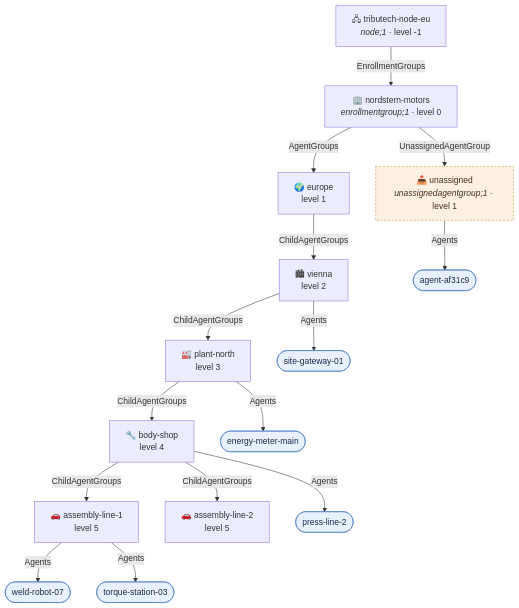
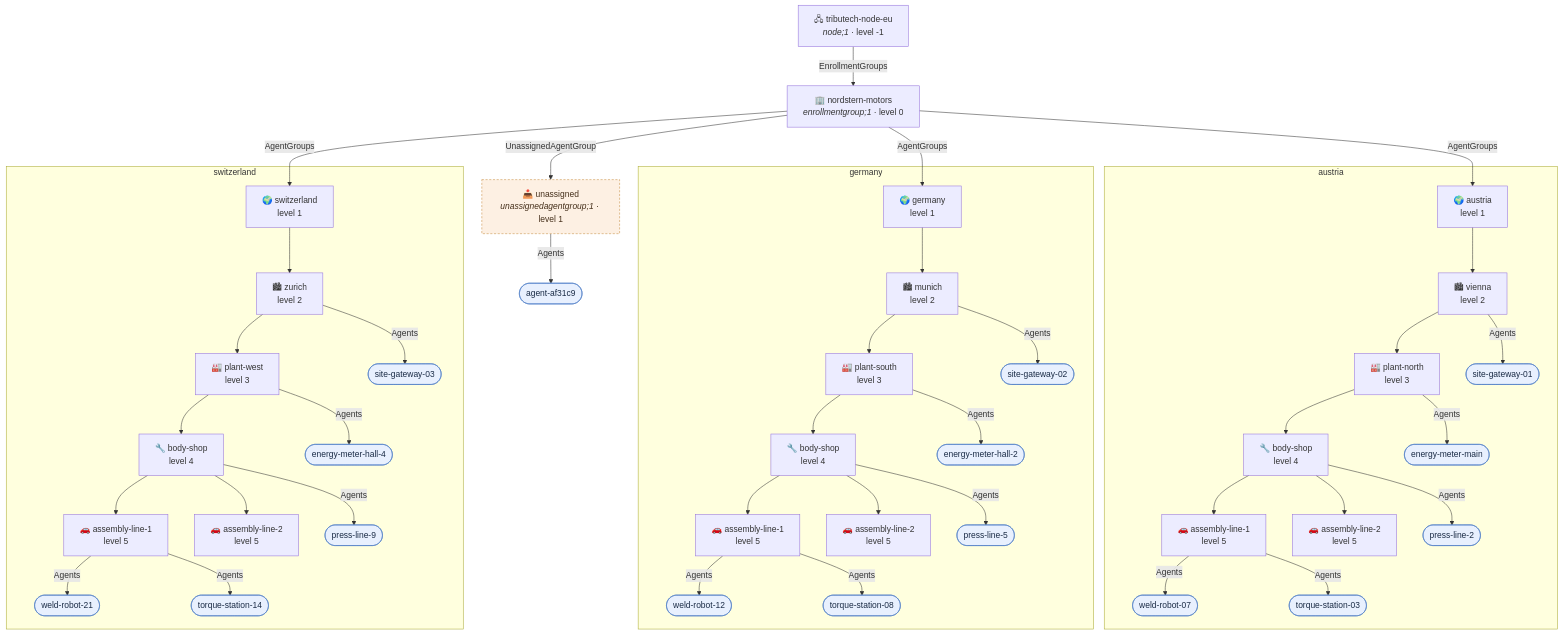
Before and after one commit to tributech-solutions/data-asset-twin-v2: the diagram in examples/uns-demo.md, drawn with Mermaid. The commit also changed other lines of this file and 1 other file, not shown here.

Commit message:
fix: create bigger uns example

````diff
--- a/examples/uns-demo.md
+++ b/examples/uns-demo.md
@@ -12,43 +13,70 @@
 ```mermaid
 graph TD
   N["🖧 tributech-node-eu<br/><i>node;1</i> · level -1"]
   EG["🏢 nordstern-motors<br/><i>enrollmentgroup;1</i> · level 0"]
-
-  G1["🌍 europe<br/>level 1"]
-  G2["🏙 vienna<br/>level 2"]
-  G3["🏭 plant-north<br/>level 3"]
-  G4["🔧 body-shop<br/>level 4"]
-  G5A["🚗 assembly-line-1<br/>level 5"]
-  G5B["🚗 assembly-line-2<br/>level 5"]
-
   U["📥 unassigned<br/><i>unassignedagentgroup;1</i> · level 1"]
 
-  A1(["site-gateway-01"])
-  A2(["energy-meter-main"])
-  A3(["press-line-2"])
-  A4(["weld-robot-07"])
-  A5(["torque-station-03"])
-  A6(["agent-af31c9"])
+  N -->|EnrollmentGroups| EG
+  EG -->|UnassignedAgentGroup| U
+  U -->|Agents| UA(["agent-af31c9"])
 
-  N -->|EnrollmentGroups| EG
-  EG -->|AgentGroups| G1
-  EG -->|UnassignedAgentGroup| U
+  subgraph AT["austria"]
+    C1["🌍 austria<br/>level 1"]
+    C1G["🏙 vienna<br/>level 2"]
+    C1P["🏭 plant-north<br/>level 3"]
+    C1S["🔧 body-shop<br/>level 4"]
+    C1L1["🚗 assembly-line-1<br/>level 5"]
+    C1L2["🚗 assembly-line-2<br/>level 5"]
+    C1 --> C1G --> C1P --> C1S
+    C1S --> C1L1
+    C1S --> C1L2
+    C1G -->|Agents| A11(["site-gateway-01"])
+    C1P -->|Agents| A12(["energy-meter-main"])
+    C1S -->|Agents| A13(["press-line-2"])
+    C1L1 -->|Agents| A14(["weld-robot-07"])
+    C1L1 -->|Agents| A15(["torque-station-03"])
+  end
 
-  G1 -->|ChildAgentGroups| G2
-  G2 -->|ChildAgentGroups| G3
-  G3 -->|ChildAgentGroups| G4
-  G4 -->|ChildAgentGroups| G5A
-  G4 -->|ChildAgentGroups| G5B
+  subgraph DE["germany"]
+    C2["🌍 germany<br/>level 1"]
+    C2G["🏙 munich<br/>level 2"]
+    C2P["🏭 plant-south<br/>level 3"]
+    C2S["🔧 body-shop<br/>level 4"]
+    C2L1["🚗 assembly-line-1<br/>level 5"]
+    C2L2["🚗 assembly-line-2<br/>level 5"]
+    C2 --> C2G --> C2P --> C2S
+    C2S --> C2L1
+    C2S --> C2L2
+    C2G -->|Agents| A21(["site-gateway-02"])
+    C2P -->|Agents| A22(["energy-meter-hall-2"])
+    C2S -->|Agents| A23(["press-line-5"])
+    C2L1 -->|Agents| A24(["weld-robot-12"])
+    C2L1 -->|Agents| A25(["torque-station-08"])
+  end
 
-  G2 -->|Agents| A1
-  G3 -->|Agents| A2
-  G4 -->|Agents| A3
-  G5A -->|Agents| A4
-  G5A -->|Agents| A5
-  U -->|Agents| A6
+  subgraph CH["switzerland"]
+    C3["🌍 switzerland<br/>level 1"]
+    C3G["🏙 zurich<br/>level 2"]
+    C3P["🏭 plant-west<br/>level 3"]
+    C3S["🔧 body-shop<br/>level 4"]
+    C3L1["🚗 assembly-line-1<br/>level 5"]
+    C3L2["🚗 assembly-line-2<br/>level 5"]
+    C3 --> C3G --> C3P --> C3S
+    C3S --> C3L1
+    C3S --> C3L2
+    C3G -->|Agents| A31(["site-gateway-03"])
+    C3P -->|Agents| A32(["energy-meter-hall-4"])
+    C3S -->|Agents| A33(["press-line-9"])
+    C3L1 -->|Agents| A34(["weld-robot-21"])
+    C3L1 -->|Agents| A35(["torque-station-14"])
+  end
+
+  EG -->|AgentGroups| C1
+  EG -->|AgentGroups| C2
+  EG -->|AgentGroups| C3
 
   classDef agent fill:#e8f0fe,stroke:#4d7cc7,color:#1a2b45
   classDef reserved fill:#fdf0e3,stroke:#c78b3d,color:#452f1a,stroke-dasharray:4 3
-  class A1,A2,A3,A4,A5,A6 agent
+  class A11,A12,A13,A14,A15,A21,A22,A23,A24,A25,A31,A32,A33,A34,A35,UA agent
   class U reserved
 ```
````
